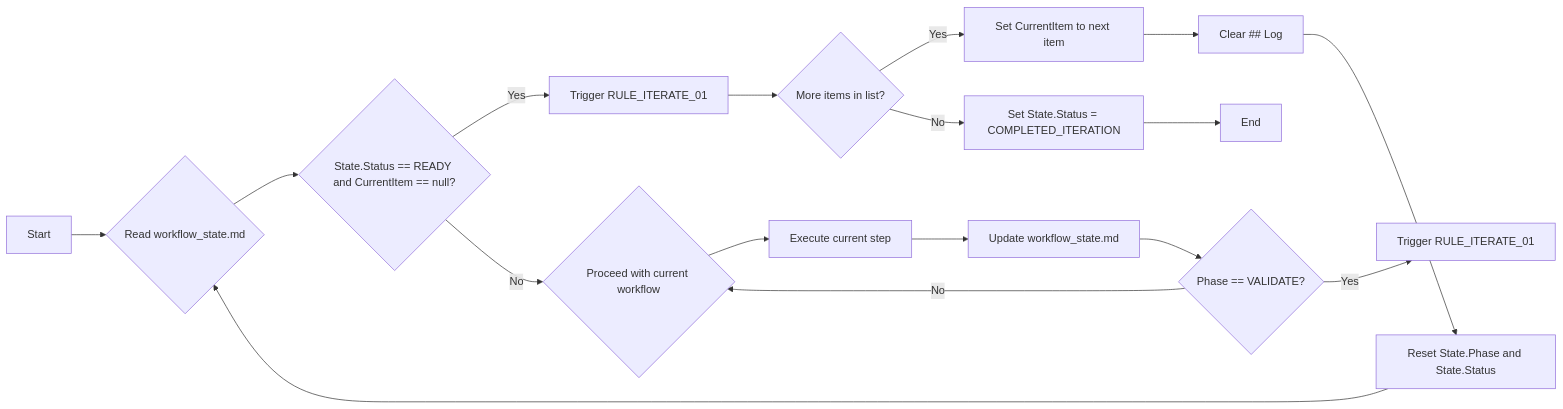
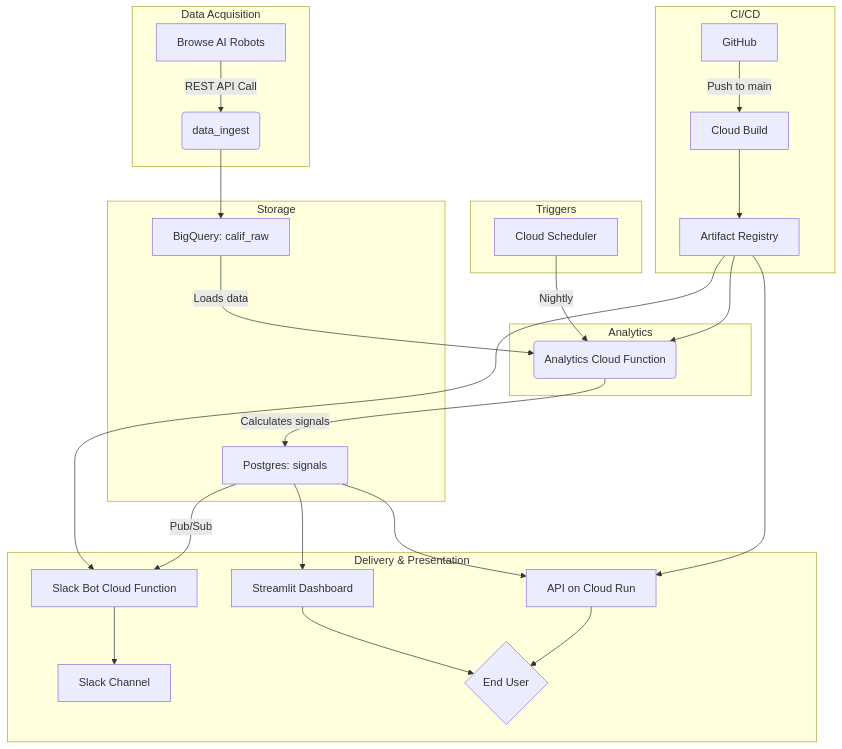
Before and after one commit to perice-pope/CALIF: the diagram in README.md, drawn with Mermaid. The commit also changed other lines of this file and 1 other file, not shown here.

````diff
--- a/README.md
+++ b/README.md
@@ -50,19 +9,37 @@
 ```mermaid
-graph LR
-    A[Start] --> B{Read workflow_state.md};
-    B --> C{State.Status == READY and CurrentItem == null?};
-    C -- Yes --> D[Trigger RULE_ITERATE_01];
-    C -- No --> E{Proceed with current workflow};
-    E --> F[Execute current step];
-    F --> G[Update workflow_state.md];
-    G --> H{Phase == VALIDATE?};
-    H -- Yes --> I[Trigger RULE_ITERATE_01];
-    H -- No --> E;
-    D --> J{More items in list?};
-    J -- Yes --> K[Set CurrentItem to next item];
-    K --> L[Clear ## Log];
-    L --> M[Reset State.Phase and State.Status];
-    M --> B;
-    J -- No --> N[Set State.Status = COMPLETED_ITERATION];
-    N --> O[End];
+graph TD
+    subgraph "Data Acquisition"
+        A[Browse AI Robots] -->|REST API Call| B(data_ingest);
+    end
+
+    subgraph "Storage"
+        B --> C[BigQuery: calif_raw];
+        D[Postgres: signals]
+    end
+
+    subgraph "Analytics"
+        C -->|Loads data| E(Analytics Cloud Function);
+        E -->|Calculates signals| D;
+    end
+    
+    subgraph "Delivery & Presentation"
+        D --> F[API on Cloud Run];
+        D --> G[Streamlit Dashboard];
+        D -- Pub/Sub --> H[Slack Bot Cloud Function];
+        F --> I{End User};
+        G --> I;
+        H --> J[Slack Channel];
+    end
+
+    subgraph "Triggers"
+        K[Cloud Scheduler] -->|Nightly| E;
+    end
+
+    subgraph "CI/CD"
+        L[GitHub] -->|Push to main| M[Cloud Build];
+        M --> N[Artifact Registry];
+        N --> F;
+        N --> E;
+        N --> H;
+    end
 ```
````
